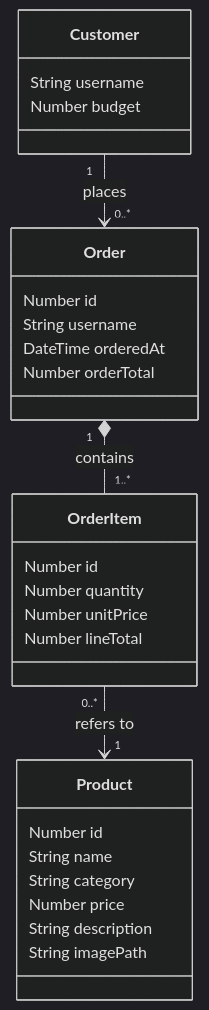
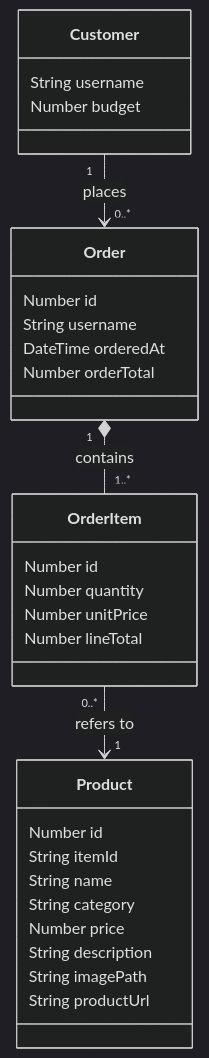
The diagram in architecture.md (marivelasque/AITrainingHackathon), drawn with Mermaid (dark theme) before and after one commit. The commit also changed other lines of this file and 9 other files, not shown here.

````diff
--- a/architecture.md
+++ b/architecture.md
@@ -54,34 +61,36 @@
 ```mermaid
 classDiagram
     class Customer {
         String username
         Number budget
     }
 
     class Product {
         Number id
+        String itemId
         String name
         String category
         Number price
         String description
         String imagePath
+        String productUrl
     }
 
     class Order {
         Number id
         String username
         DateTime orderedAt
         Number orderTotal
     }
 
     class OrderItem {
         Number id
         Number quantity
         Number unitPrice
         Number lineTotal
     }
 
     Customer "1" --> "0..*" Order : places
     Order "1" *-- "1..*" OrderItem : contains
     OrderItem "0..*" --> "1" Product : refers to
 ```
````
